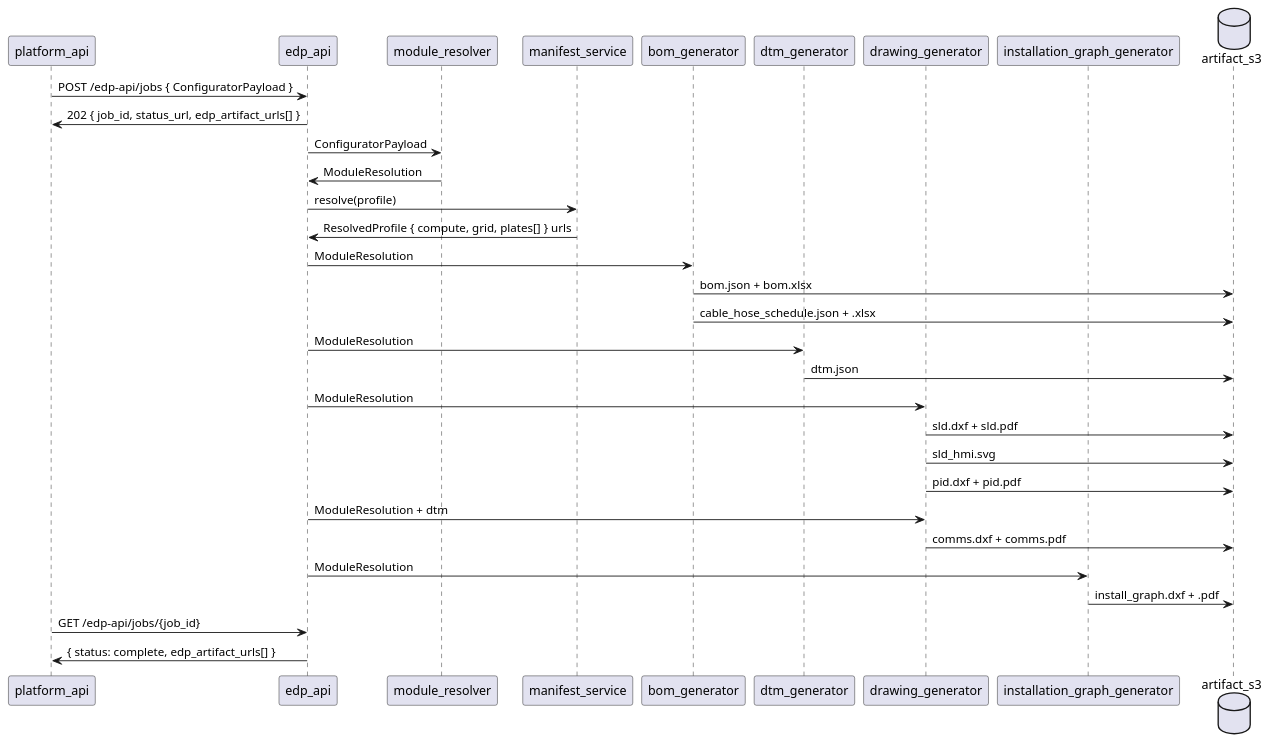
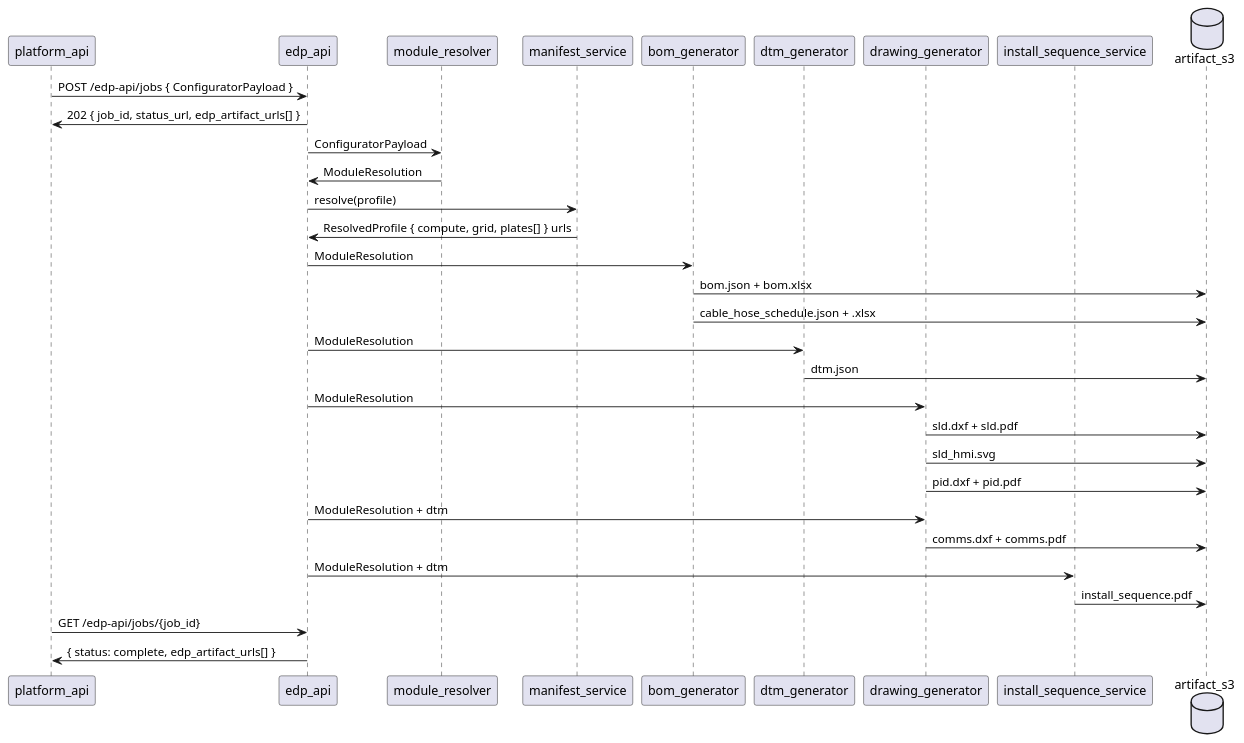
Before and after one commit to arcnode-io/edp-api: the diagram in readme.md, drawn with PlantUML. The commit also changed other lines of this file and 33 other files, not shown here.

First line of the commit message:
✨ feat(install): replace floor-plan stub with PERT-style commissioning DAG (graphviz)

````diff
--- a/readme.md
+++ b/readme.md
@@ -53,41 +53,41 @@
 ```plantuml
 participant platform_api
 participant edp_api
 participant module_resolver
 participant manifest_service
 participant bom_generator
 participant dtm_generator
 participant drawing_generator
-participant installation_graph_generator
+participant install_sequence_service
 database artifact_s3
 
 platform_api -> edp_api: POST /edp-api/jobs { ConfiguratorPayload }
 edp_api -> platform_api: 202 { job_id, status_url, edp_artifact_urls[] }
 
 edp_api -> module_resolver: ConfiguratorPayload
 module_resolver -> edp_api: ModuleResolution
 
 edp_api -> manifest_service: resolve(profile)
 manifest_service -> edp_api: ResolvedProfile { compute, grid, plates[] } urls
 
 edp_api -> bom_generator: ModuleResolution
 bom_generator -> artifact_s3: bom.json + bom.xlsx
 bom_generator -> artifact_s3: cable_hose_schedule.json + .xlsx
 
 edp_api -> dtm_generator: ModuleResolution
 dtm_generator -> artifact_s3: dtm.json
 
 edp_api -> drawing_generator: ModuleResolution
 drawing_generator -> artifact_s3: sld.dxf + sld.pdf
 drawing_generator -> artifact_s3: sld_hmi.svg
 drawing_generator -> artifact_s3: pid.dxf + pid.pdf
 
 edp_api -> drawing_generator: ModuleResolution + dtm
 drawing_generator -> artifact_s3: comms.dxf + comms.pdf
 
-edp_api -> installation_graph_generator: ModuleResolution
-installation_graph_generator -> artifact_s3: install_graph.dxf + .pdf
+edp_api -> install_sequence_service: ModuleResolution + dtm
+install_sequence_service -> artifact_s3: install_sequence.pdf
 
 platform_api -> edp_api: GET /edp-api/jobs/{job_id}
 edp_api -> platform_api: { status: complete, edp_artifact_urls[] }
 ```
````
